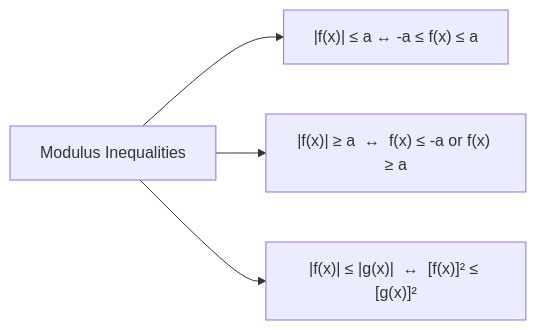
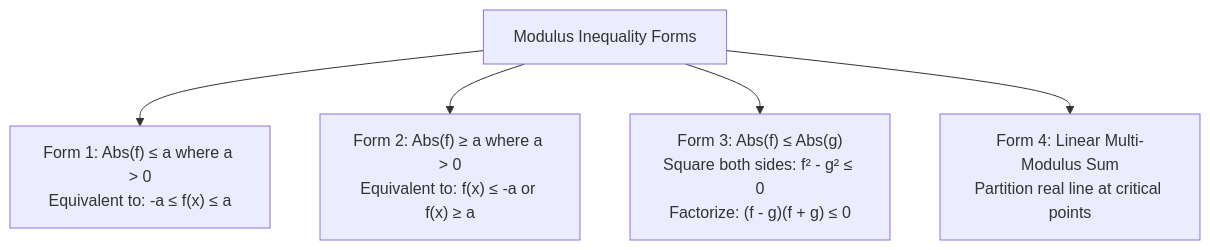
One commit to zenyyxz/Zen_dx-Notes changed the third of 3 diagrams in 01 - Maths/Lesson 01 - Real Numbers, Inequalities & Absolute Values.md. Above: the diagram before and after it, drawn with Mermaid. The commit also changed other lines of this file and 9 other files, not shown here.

````diff
--- a/01 - Maths/Lesson 01 - Real Numbers, Inequalities & Absolute Values.md
+++ b/01 - Maths/Lesson 01 - Real Numbers, Inequalities & Absolute Values.md
@@ -54,6 +203,7 @@
 ```mermaid
-graph LR
-    Modulus["Modulus Inequalities"] --> Type1["|f(x)| ≤ a  ↔  -a ≤ f(x) ≤ a"]
-    Modulus --> Type2["|f(x)| ≥ a  ↔  f(x) ≤ -a or f(x) ≥ a"]
-    Modulus --> Type3["|f(x)| ≤ |g(x)|  ↔  [f(x)]² ≤ [g(x)]²"]
+graph TD
+    Forms["Modulus Inequality Forms"] --> Form1["Form 1: Abs(f) ≤ a where a > 0<br>Equivalent to: -a ≤ f(x) ≤ a"]
+    Forms --> Form2["Form 2: Abs(f) ≥ a where a > 0<br>Equivalent to: f(x) ≤ -a or f(x) ≥ a"]
+    Forms --> Form3["Form 3: Abs(f) ≤ Abs(g)<br>Square both sides: f² - g² ≤ 0<br>Factorize: (f - g)(f + g) ≤ 0"]
+    Forms --> Form4["Form 4: Linear Multi-Modulus Sum<br>Partition real line at critical points"]
 ```
````
